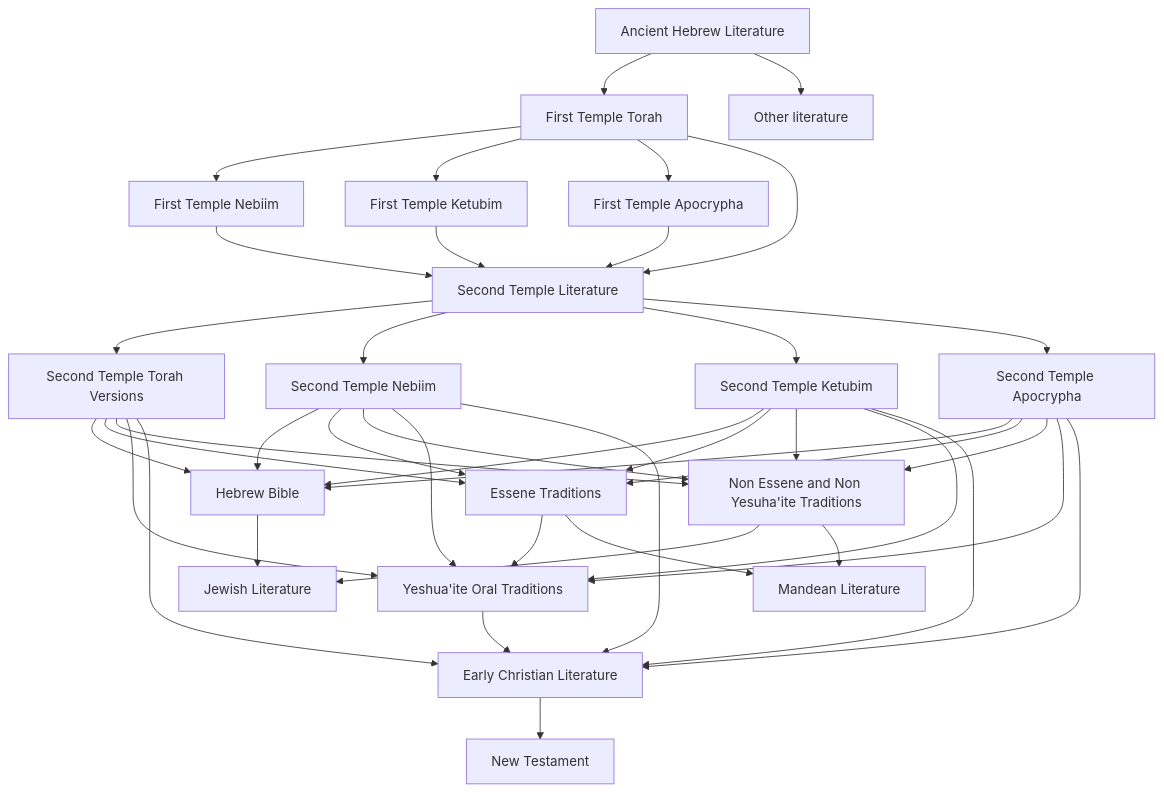
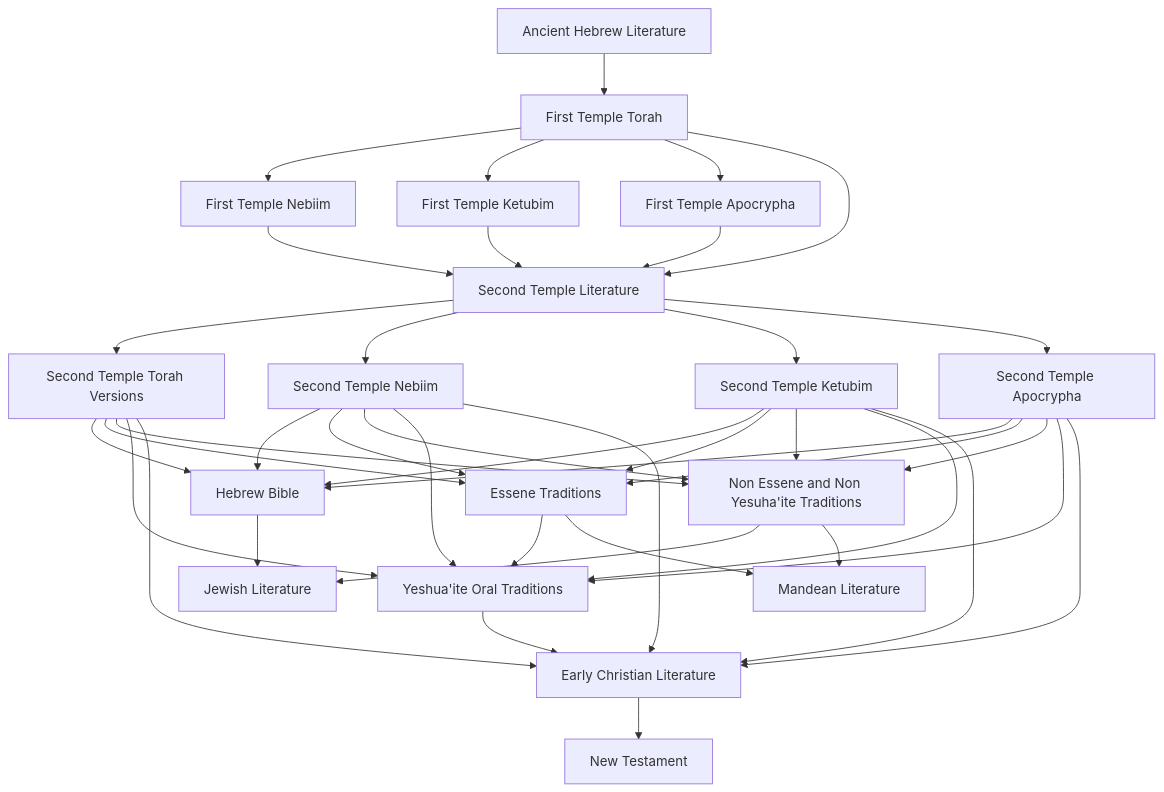
Before and after one commit to bendqh1/mermaid: the diagram in judeo_christian_religious_literature.mermaid, drawn with Mermaid.

```diff
--- a/judeo_christian_religious_literature.mermaid
+++ b/judeo_christian_religious_literature.mermaid
@@ -1,25 +1,24 @@
 flowchart TD
     A1[Ancient Hebrew Literature]
     A1 --> A2[First Temple Torah]
     A2 --> A3[First Temple Nebiim] 
     A2 --> A4[First Temple Ketubim]
     A2 --> A5[First Temple Apocrypha]
-    A1 --> A6[Other literature]
     
     A2 & A3 & A4 & A5 --> B1[Second Temple Literature]
 
     B1 --> B2[Second Temple Torah Versions]
     B1 --> B3[Second Temple Nebiim]
     B1 --> B4[Second Temple Ketubim]
     B1 --> B5[Second Temple Apocrypha]
 
     B2 & B3 & B4 & B5 --> C1[Hebrew Bible]
     B2 & B3 & B4 & B5 --> C2[Essene Traditions]
     B2 & B3 & B4 & B5 --> C3[Non Essene and Non Yesuha'ite Traditions]
     B2 & B3 & B4 & B5 & C2 --> C4[Yeshua'ite Oral Traditions]
 
     C1 & C3 --> D1[Jewish Literature]
     C2 & C3 --> D2[Mandean Literature]
     B2 & B3 & B4 & B5 & C4 --> D3[Early Christian Literature]
 
     D3 --> E1[New Testament]
```
